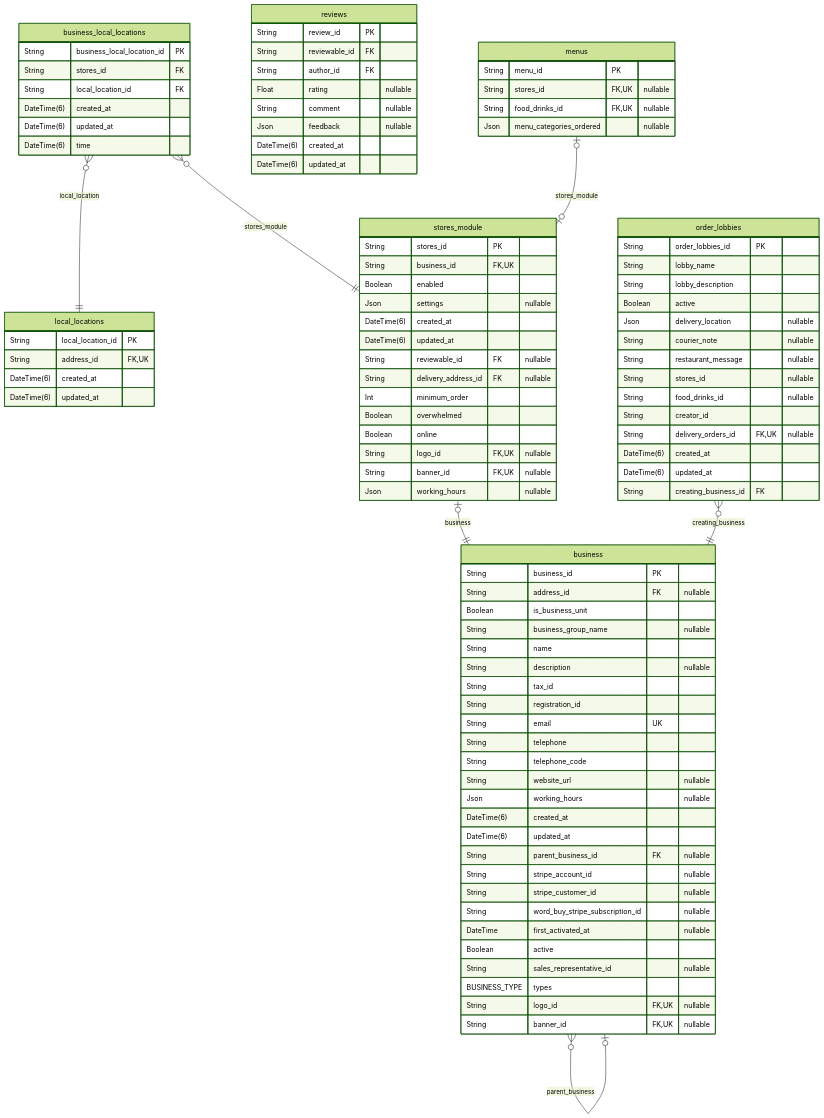
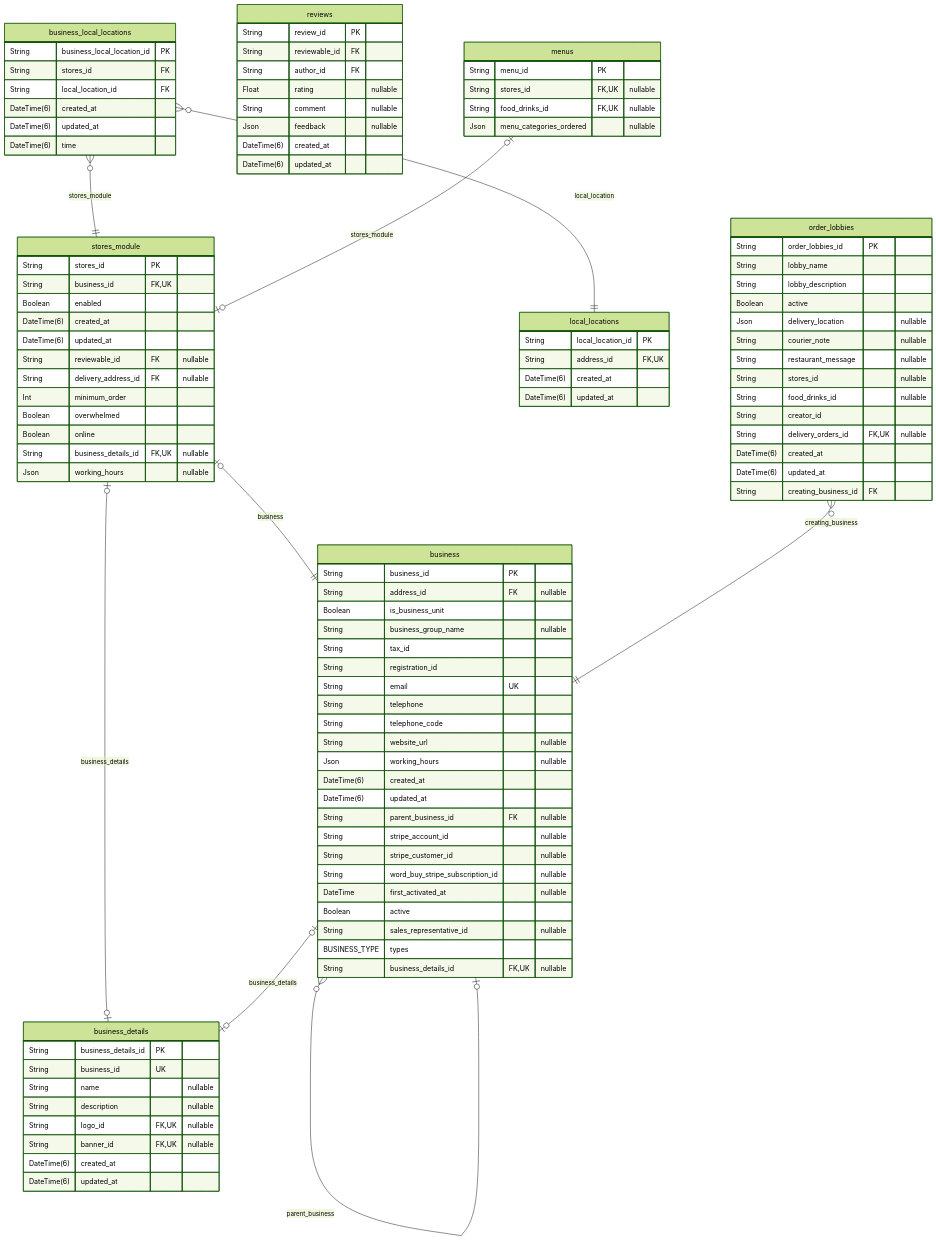
One commit to pbozic/be-analyisis changed diagram 22 of 40 in prisma/schemas/ERD.md. Above: the diagram before and after it, drawn with Mermaid (forest theme). The commit also changed other lines of this file and 9 other files, not shown here.

````diff
--- a/prisma/schemas/ERD.md
+++ b/prisma/schemas/ERD.md
@@ -3642,7 +3647,6 @@
   String stores_id PK
   String business_id FK,UK
   Boolean enabled
-  Json settings "nullable"
   DateTime(6) created_at
   DateTime(6) updated_at
   String reviewable_id FK "nullable"
@@ -3650,8 +3654,7 @@
   Int minimum_order
   Boolean overwhelmed
   Boolean online
-  String logo_id FK,UK "nullable"
-  String banner_id FK,UK "nullable"
+  String business_details_id FK,UK "nullable"
   Json working_hours "nullable"
 }
 "business_local_locations" {
@@ -3683,8 +3686,6 @@
   String address_id FK "nullable"
   Boolean is_business_unit
   String business_group_name "nullable"
-  String name
-  String description "nullable"
   String tax_id
   String registration_id
   String email UK
@@ -3702,8 +3703,17 @@
   Boolean active
   String sales_representative_id "nullable"
   BUSINESS_TYPE types
+  String business_details_id FK,UK "nullable"
+}
+"business_details" {
+  String business_details_id PK
+  String business_id UK
+  String name "nullable"
+  String description "nullable"
   String logo_id FK,UK "nullable"
   String banner_id FK,UK "nullable"
+  DateTime(6) created_at
+  DateTime(6) updated_at
 }
 "menus" {
   String menu_id PK
@@ -3728,9 +3738,11 @@
   String creating_business_id FK
 }
 "stores_module" |o--|| "business" : business
+"stores_module" |o--o| "business_details" : business_details
 "business_local_locations" }o--|| "local_locations" : local_location
 "business_local_locations" }o--|| "stores_module" : stores_module
 "business" }o--o| "business" : parent_business
+"business" |o--o| "business_details" : business_details
 "menus" |o--o| "stores_module" : stores_module
 "order_lobbies" }o--|| "business" : creating_business
 ```
````
